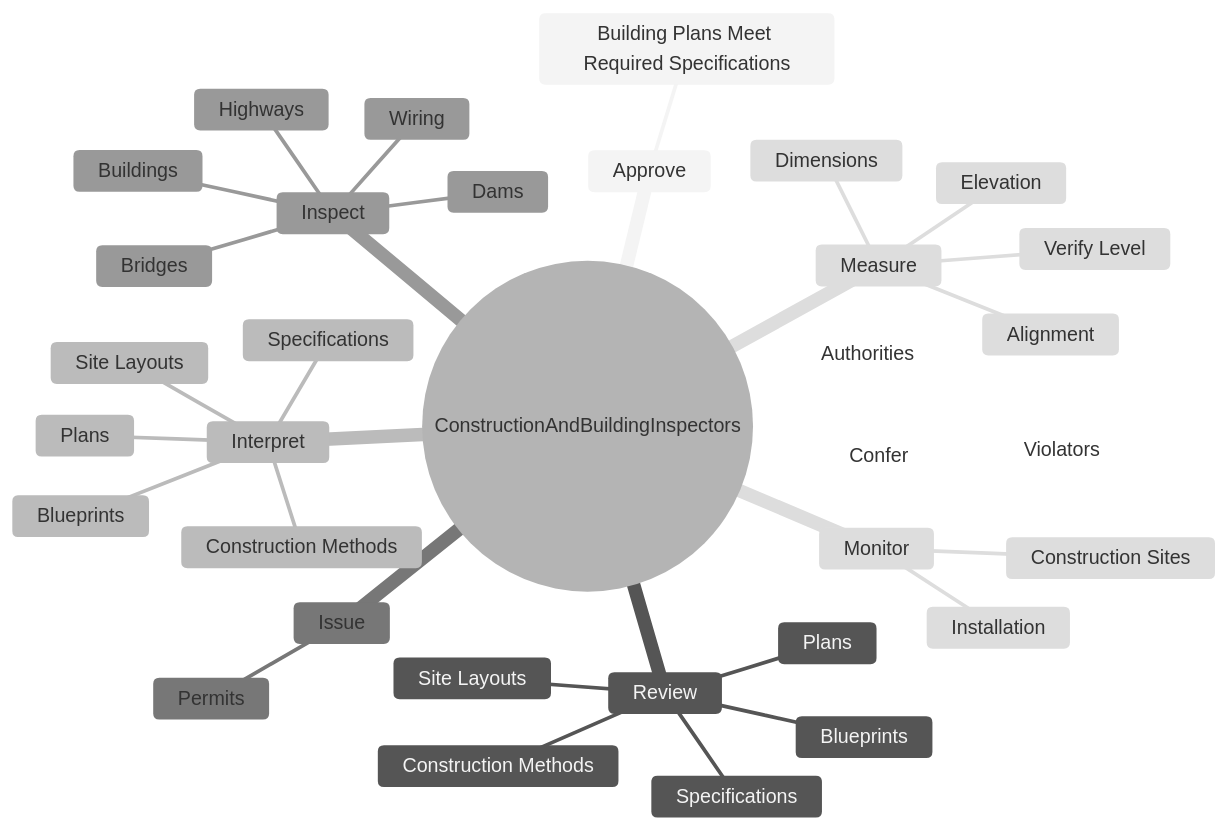
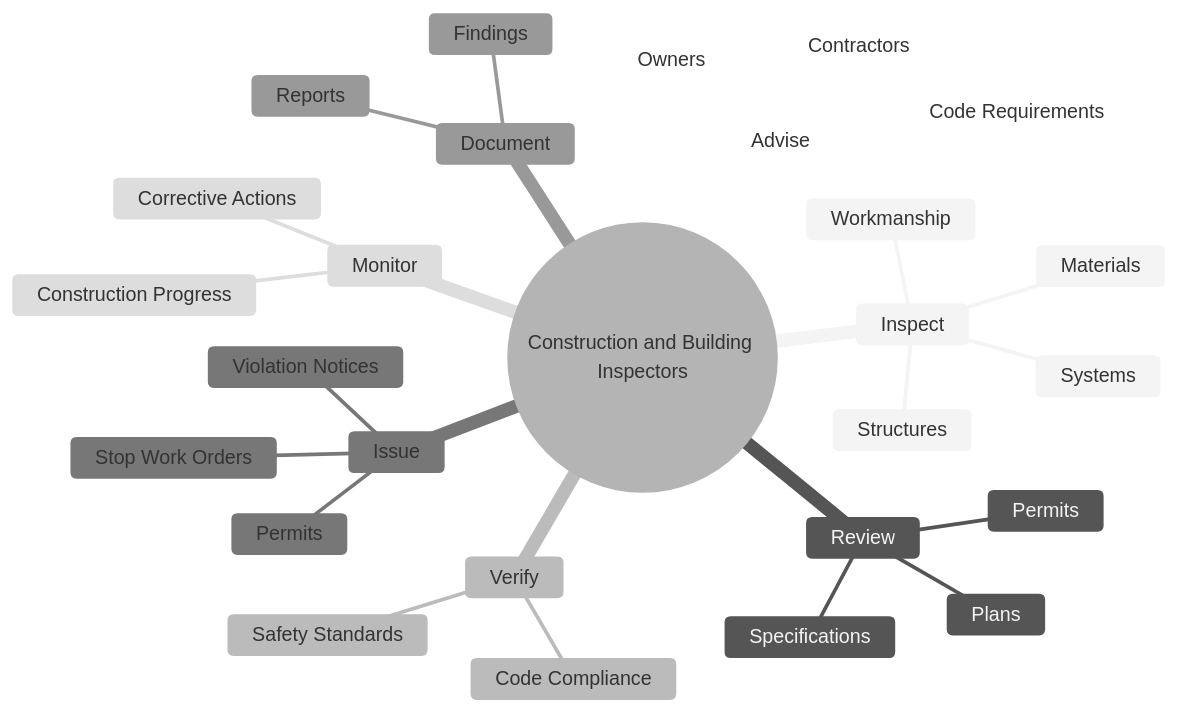
The second of 4 diagrams in occupations/Construction/ConstructionAndBuildingInspectors.mdx (kziemski/business.org.ai), drawn with Mermaid (neutral theme) before and after one commit. The commit also changed other lines of this file and 938 other files, not shown here.

````diff
--- a/occupations/Construction/ConstructionAndBuildingInspectors.mdx
+++ b/occupations/Construction/ConstructionAndBuildingInspectors.mdx
@@ -38,37 +48,30 @@
 ```mermaid
 mindmap
-    root(("ConstructionAndBuildingInspectors"))
-        Approve
-            Building Plans Meet Required Specifications
+    root(("Construction and Building Inspectors"))
+        Inspect
+            Structures
+            Systems
+            Materials
+            Workmanship
         Review
             Plans
-            Blueprints
-            Site Layouts
             Specifications
-            Construction Methods
-        Interpret
-            Plans
-            Blueprints
-            Site Layouts
-            Specifications
-            Construction Methods
+            Permits
+        Verify
+            Code Compliance
+            Safety Standards
         Issue
+            Violation Notices
+            Stop Work Orders
             Permits
-        Inspect
-            Bridges
-            Dams
-            Highways
-            Buildings
-            Wiring
+        Document
+            Findings
+            Reports
         Monitor
-            Installation
-            Construction Sites
-        Confer
-            Violators
-            Authorities
-        Measure
-            Dimensions
-            Verify Level
-            Alignment
-            Elevation
+            Construction Progress
+            Corrective Actions
+        Advise
+            Contractors
+            Owners
+            Code Requirements
 ```
````
